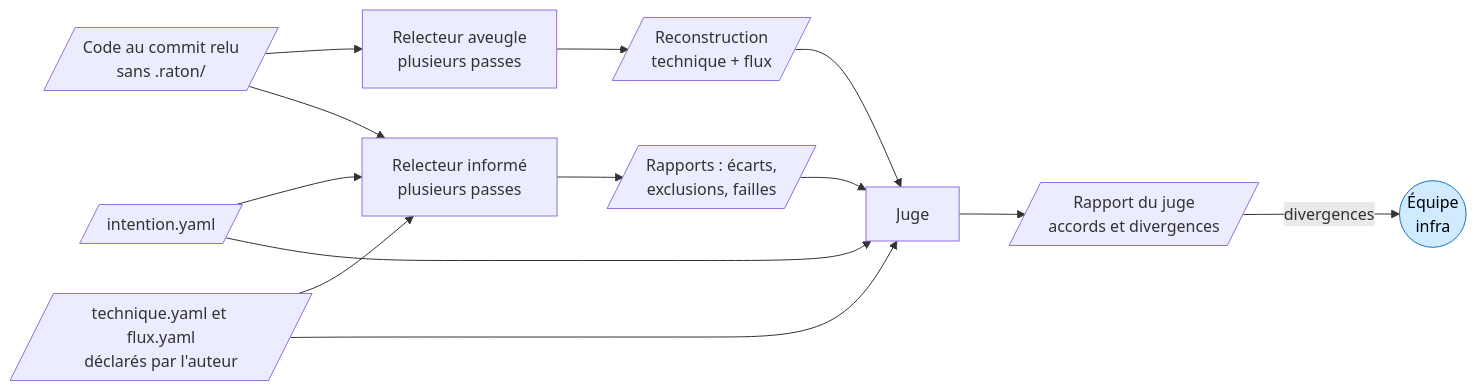
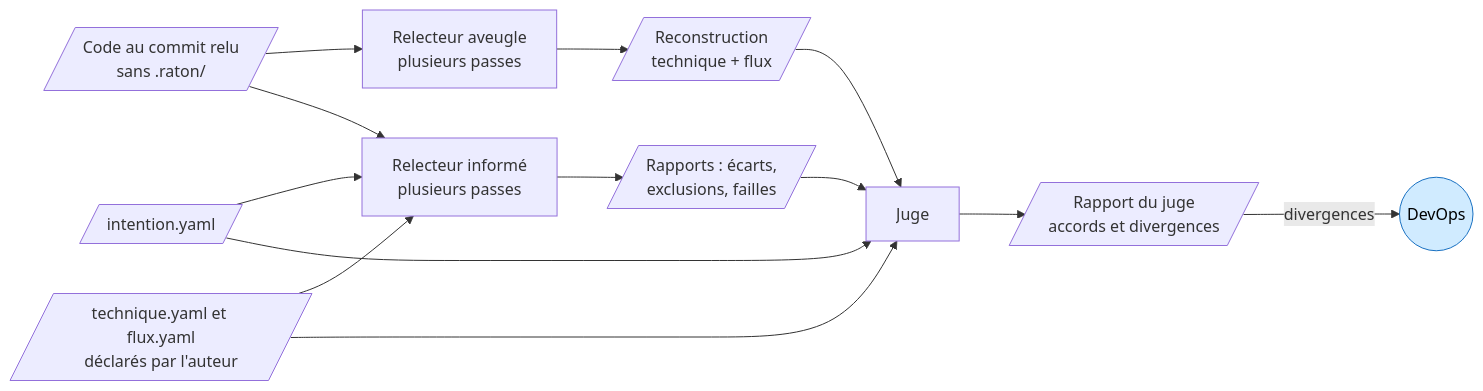
Before and after one commit to Jul0ow/Raton: the fifth of 5 diagrams in docs/architecture.md, drawn with Mermaid. The commit also changed other lines of this file and 26 other files, not shown here.

First line of the commit message:
Valide la note, ajoute la boucle de refus et renomme l'équipe infra en DevOps

````diff
--- a/docs/architecture.md
+++ b/docs/architecture.md
@@ -228,31 +247,31 @@
 ```mermaid
 flowchart LR
   CODE[/"Code au commit relu<br/>sans .raton/"/]
   INT[/"intention.yaml"/]
   DECL[/"technique.yaml et flux.yaml<br/>déclarés par l'auteur"/]
 
   AV["Relecteur aveugle<br/>plusieurs passes"]
   INF["Relecteur informé<br/>plusieurs passes"]
   J["Juge"]
-  E(("Équipe<br/>infra"))
+  E(("DevOps"))
 
   RECON[/"Reconstruction<br/>technique + flux"/]
   RI[/"Rapports : écarts,<br/>exclusions, failles"/]
   RJ[/"Rapport du juge<br/>accords et divergences"/]
 
   CODE --> AV
   CODE --> INF
   INT --> INF
   DECL --> INF
   AV --> RECON
   INF --> RI
   RECON --> J
   DECL --> J
   INT --> J
   RI --> J
   J --> RJ
   RJ -->|"divergences"| E
 
   classDef humain fill:#d0ebff,stroke:#1971c2,color:#000
   class E humain
 ```
````
